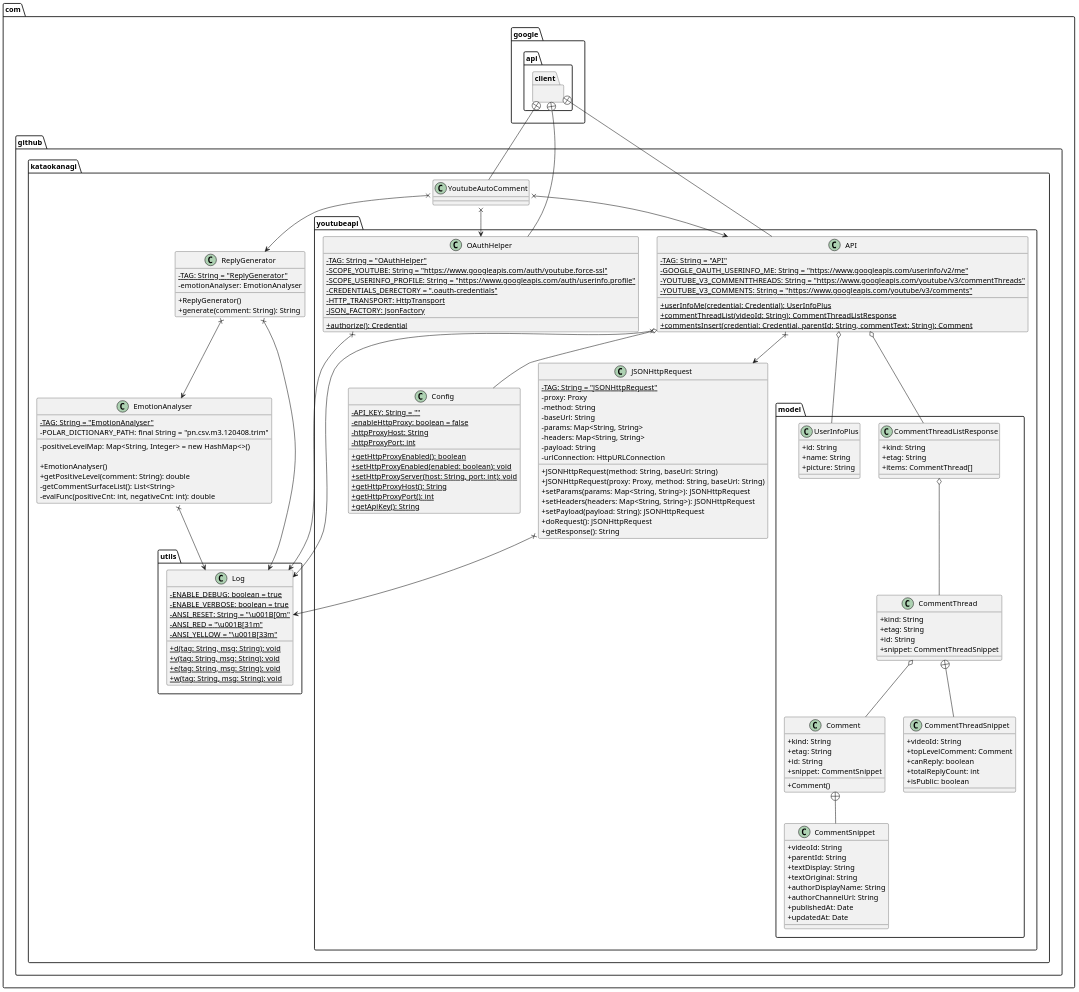
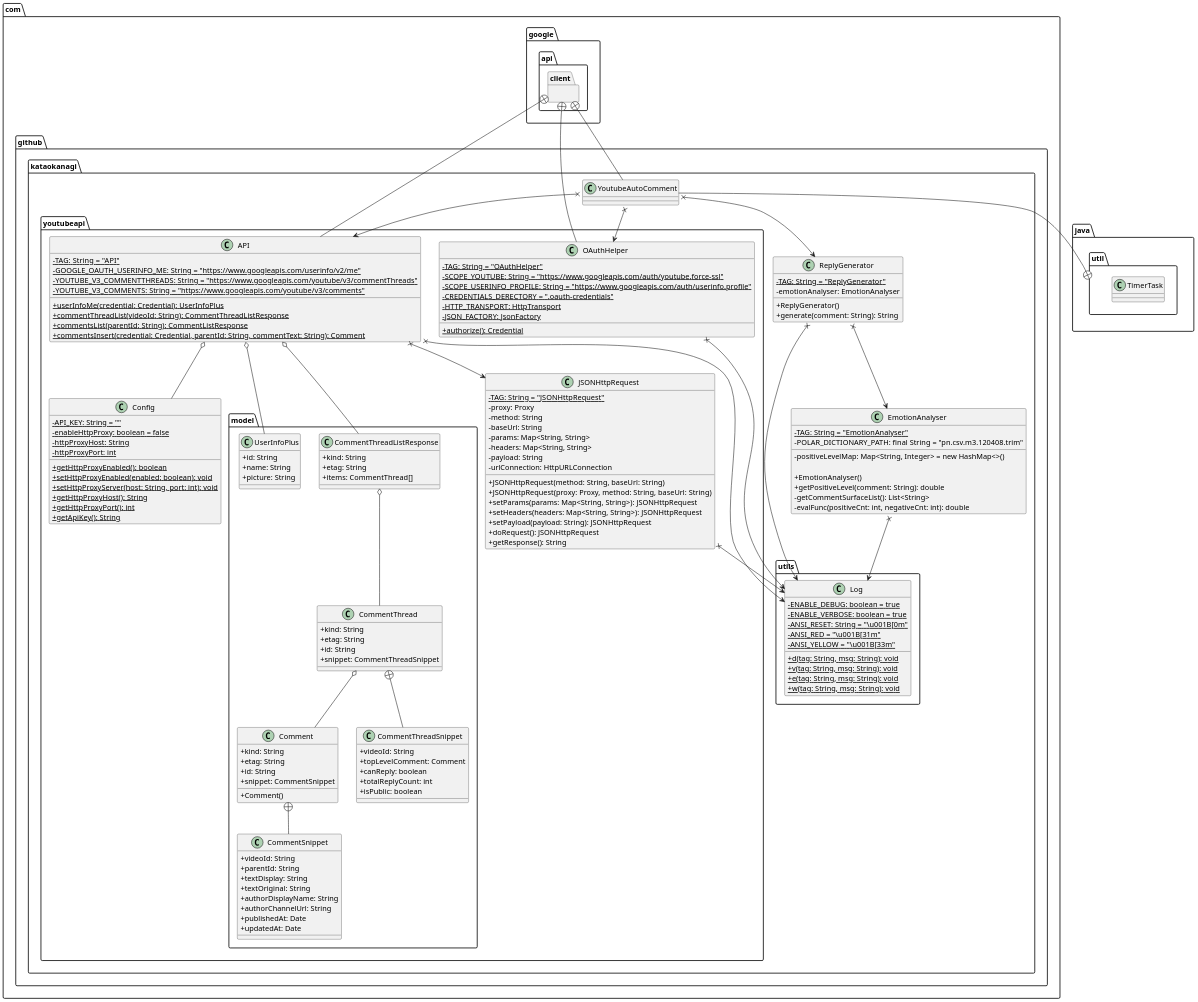
One commit to KataokaNagi/YoutubeAutoComment changed the diagram in uml/YoutubeAutoComment_ClassDiagram.pu. Above: the diagram before and after it, drawn with PlantUML. The commit also changed 3 other files, not shown here.

```diff
--- a/uml/YoutubeAutoComment_ClassDiagram.pu
+++ b/uml/YoutubeAutoComment_ClassDiagram.pu
@@ -27,6 +27,11 @@
 }
 
 package com.google.api.client {
+}
+
+package java.util {
+  ' class Timer{}
+  class TimerTask{}
 }
 
 package com.github.kataokanagi.utils {
@@ -109,6 +114,7 @@
 
         + {static} userInfoMe(credential: Credential): UserInfoPlus
         + {static} commentThreadList(videoId: String): CommentThreadListResponse
+        + {static} commentsList(parentId: String): CommentListResponse
         + {static} commentsInsert(credential: Credential, parentId: String, commentText: String): Comment
         ' + {static} replyComment(videoId: String, comment: String): void ' 仮に追加していたもの（片岡）
     }
@@ -198,6 +204,8 @@
 YoutubeAutoComment x--> OAuthHelper
 YoutubeAutoComment x--> API
 YoutubeAutoComment x--> ReplyGenerator
+YoutubeAutoComment --+ java.util
+
 ReplyGenerator x--> EmotionAnalyser
 
 com.google.api.client +-- API
```
